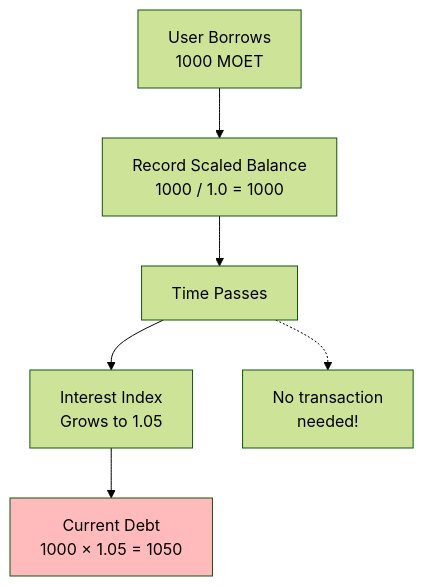
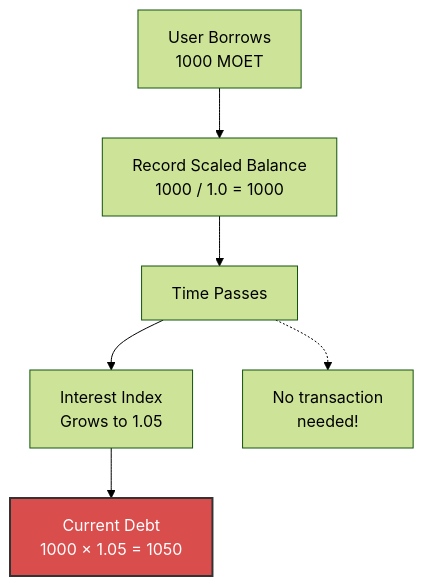
One commit to onflow/docs changed the third of 7 diagrams in docs/defi/alp/credit-market-mechanics.md. Above: the diagram before and after it, drawn with Mermaid (forest theme). The commit also changed other lines of this file and 12 other files, not shown here.

````diff
--- a/docs/defi/alp/credit-market-mechanics.md
+++ b/docs/defi/alp/credit-market-mechanics.md
@@ -116,12 +116,12 @@
 ```mermaid
 graph TD
     User[User Borrows<br/>1000 MOET] --> Scaled[Record Scaled Balance<br/>1000 / 1.0 = 1000]
     Scaled --> Time[Time Passes]
     Time --> Index[Interest Index<br/>Grows to 1.05]
     Index --> Current[Current Debt<br/>1000 × 1.05 = 1050]
 
     Note1[No transaction<br/>needed!]
     Time -.-> Note1
 
-    style Current fill:#fbb
+    style Current fill:#d94d4d,stroke:#333,stroke-width:2px,color:#fff
 ```
````
